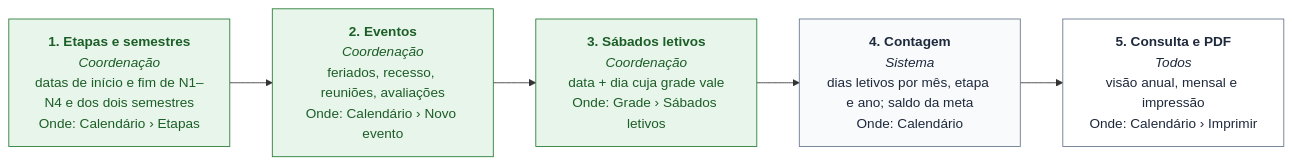
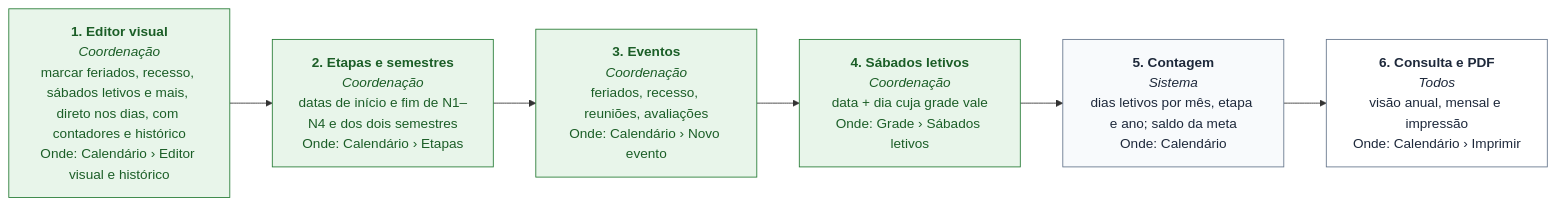
Before and after one commit to cctrc-bvg/sgc-redes-bvg: the second of 14 diagrams in docs/MANUAL_DO_USUARIO.md, drawn with Mermaid. The commit also changed other lines of this file and 23 other files, not shown here.

First line of the commit message:
Calendário: editor visual com seleção por Shift/Ctrl, contadores, histórico de revisões e domingo letivo

````diff
--- a/docs/MANUAL_DO_USUARIO.md
+++ b/docs/MANUAL_DO_USUARIO.md
@@ -135,17 +136,19 @@
 ```mermaid
 flowchart LR
   classDef gestao fill:#e8f5ea,stroke:#237a32,color:#1b5e27
   classDef docencia fill:#e8f0fb,stroke:#1d5fb8,color:#174a8f
   classDef setor fill:#fffbeb,stroke:#d97706,color:#78350f
   classDef sistema fill:#f8fafc,stroke:#64748b,color:#1e293b
   classDef todos fill:#ffffff,stroke:#64748b,color:#1e293b
-  E0["<b>1. Etapas e semestres</b><br/><i>Coordenação</i><br/>datas de início e fim de N1–N4 e dos dois semestres<br/>Onde: Calendário › Etapas"]:::gestao
-  E1["<b>2. Eventos</b><br/><i>Coordenação</i><br/>feriados, recesso, reuniões, avaliações<br/>Onde: Calendário › Novo evento"]:::gestao
+  E0["<b>1. Editor visual</b><br/><i>Coordenação</i><br/>marcar feriados, recesso, sábados letivos e mais, direto nos dias, com contadores e histórico<br/>Onde: Calendário › Editor visual e histórico"]:::gestao
+  E1["<b>2. Etapas e semestres</b><br/><i>Coordenação</i><br/>datas de início e fim de N1–N4 e dos dois semestres<br/>Onde: Calendário › Etapas"]:::gestao
   E0 --> E1
-  E2["<b>3. Sábados letivos</b><br/><i>Coordenação</i><br/>data + dia cuja grade vale<br/>Onde: Grade › Sábados letivos"]:::gestao
+  E2["<b>3. Eventos</b><br/><i>Coordenação</i><br/>feriados, recesso, reuniões, avaliações<br/>Onde: Calendário › Novo evento"]:::gestao
   E1 --> E2
-  E3["<b>4. Contagem</b><br/><i>Sistema</i><br/>dias letivos por mês, etapa e ano; saldo da meta<br/>Onde: Calendário"]:::sistema
+  E3["<b>4. Sábados letivos</b><br/><i>Coordenação</i><br/>data + dia cuja grade vale<br/>Onde: Grade › Sábados letivos"]:::gestao
   E2 --> E3
-  E4["<b>5. Consulta e PDF</b><br/><i>Todos</i><br/>visão anual, mensal e impressão<br/>Onde: Calendário › Imprimir"]:::todos
+  E4["<b>5. Contagem</b><br/><i>Sistema</i><br/>dias letivos por mês, etapa e ano; saldo da meta<br/>Onde: Calendário"]:::sistema
   E3 --> E4
+  E5["<b>6. Consulta e PDF</b><br/><i>Todos</i><br/>visão anual, mensal e impressão<br/>Onde: Calendário › Imprimir"]:::todos
+  E4 --> E5
 ```
````
